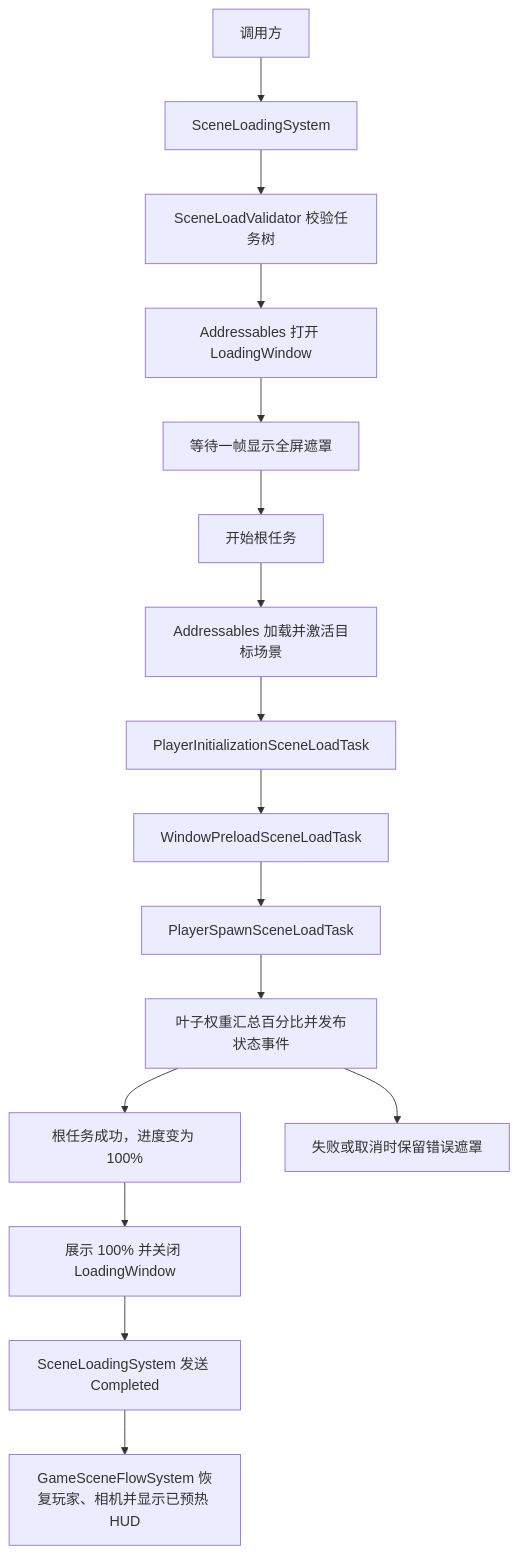
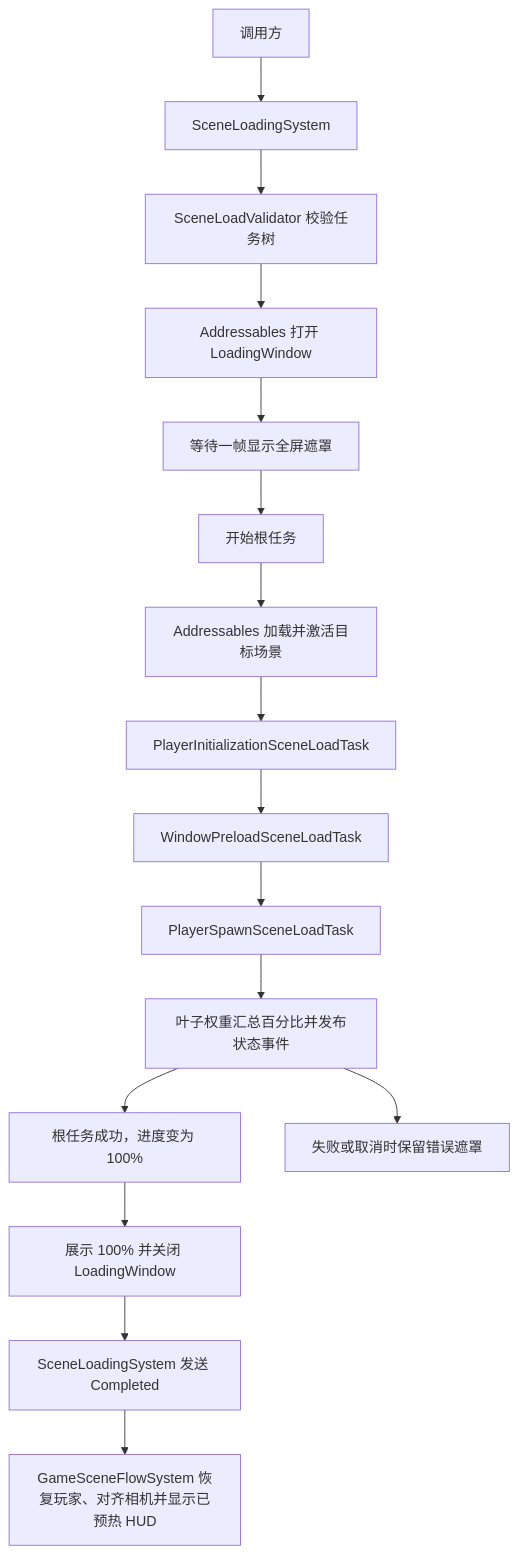
One commit to Whitesheeeep/3DRPG changed the third of 3 diagrams in Assets/Scripts/Game/Runtime/SceneLoading/SceneLoading_README.md. Above: the diagram before and after it, drawn with Mermaid. The commit also changed other lines of this file and 142 other files, not shown here.

````diff
--- a/Assets/Scripts/Game/Runtime/SceneLoading/SceneLoading_README.md
+++ b/Assets/Scripts/Game/Runtime/SceneLoading/SceneLoading_README.md
@@ -85,18 +86,18 @@
 ```mermaid
 flowchart TD
     Caller[调用方] --> System[SceneLoadingSystem]
     System --> Validate[SceneLoadValidator 校验任务树]
     Validate --> Window[Addressables 打开 LoadingWindow]
     Window --> Draw[等待一帧显示全屏遮罩]
     Draw --> Tree[开始根任务]
     Tree --> Scene[Addressables 加载并激活目标场景]
     Scene --> Player[PlayerInitializationSceneLoadTask]
     Player --> Preload[WindowPreloadSceneLoadTask]
     Preload --> Spawn[PlayerSpawnSceneLoadTask]
     Spawn --> Progress[叶子权重汇总百分比并发布状态事件]
     Progress --> Complete[根任务成功，进度变为 100%]
     Complete --> Close[展示 100% 并关闭 LoadingWindow]
     Close --> Notify[SceneLoadingSystem 发送 Completed]
-    Notify --> HUD[GameSceneFlowSystem 恢复玩家、相机并显示已预热 HUD]
+    Notify --> HUD[GameSceneFlowSystem 恢复玩家、对齐相机并显示已预热 HUD]
     Progress --> Failure[失败或取消时保留错误遮罩]
 ```
````
